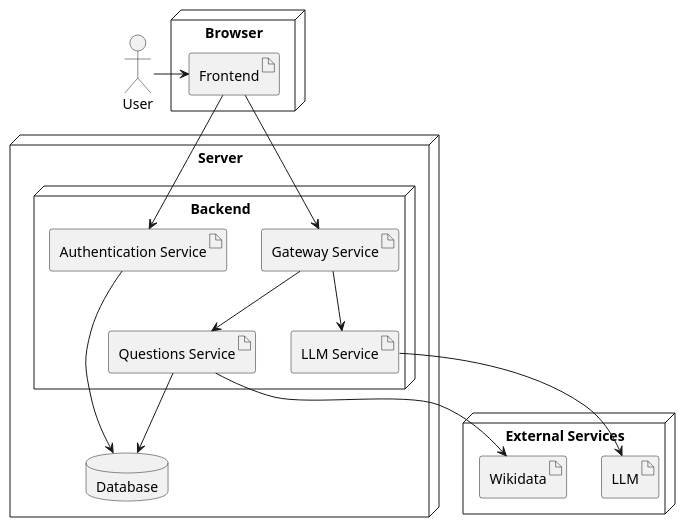
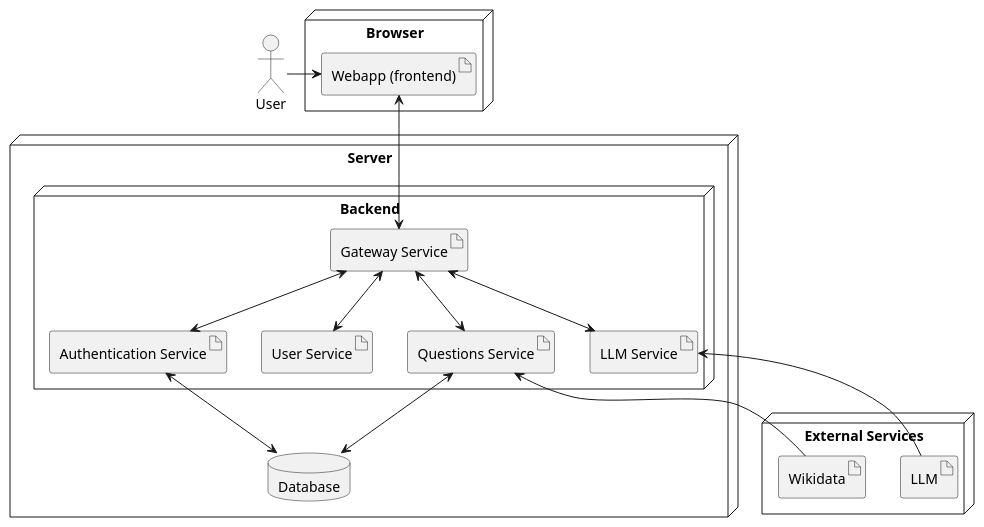
Before and after one commit to Arquisoft/wichat_en3b: the third of 3 diagrams in docs/src/05_building_block_view.adoc, drawn with PlantUML. The commit also changed other lines of this file and 4 other files, not shown here.

```diff
--- a/docs/src/05_building_block_view.adoc
+++ b/docs/src/05_building_block_view.adoc
@@ -193,42 +193,44 @@
 [plantuml]
 ----
 @startuml
 top to bottom direction
 
 skinparam nodeStyle rectangle
 skinparam artifactStyle rectangle
 skinparam databaseStyle cylinder
 
 actor "User" as user
 
 node "Browser" as browser {
-  artifact "Frontend" as Web
+  artifact "Webapp (frontend)" as Web
 }
 
 node "Server" as server {
   node "Backend" as backend {
     artifact "Authentication Service" as Auth
+    artifact "User Service" as User
     artifact "Gateway Service" as Gateway
     artifact "LLM Service" as LLMSvc
     artifact "Questions Service" as QnA
   }
   database "Database" as DB
 }
 
 node "External Services" as ext {
   artifact "LLM" as LLM
   artifact "Wikidata" as Wikidata
 }
 
 user -right-> Web
-Web --> Auth
-Web --> Gateway
-Auth --> DB
-Gateway --> LLMSvc
-Gateway --> QnA
-LLMSvc --> LLM
-QnA --> Wikidata
-QnA --> DB
+Web <--> Gateway
+Auth <--> DB
+Gateway <--> LLMSvc
+Gateway <--> QnA
+Gateway <--> Auth
+Gateway <--> User
+LLMSvc <-- LLM
+QnA <-- Wikidata
+QnA <--> DB
 
 @enduml
 ----
```
